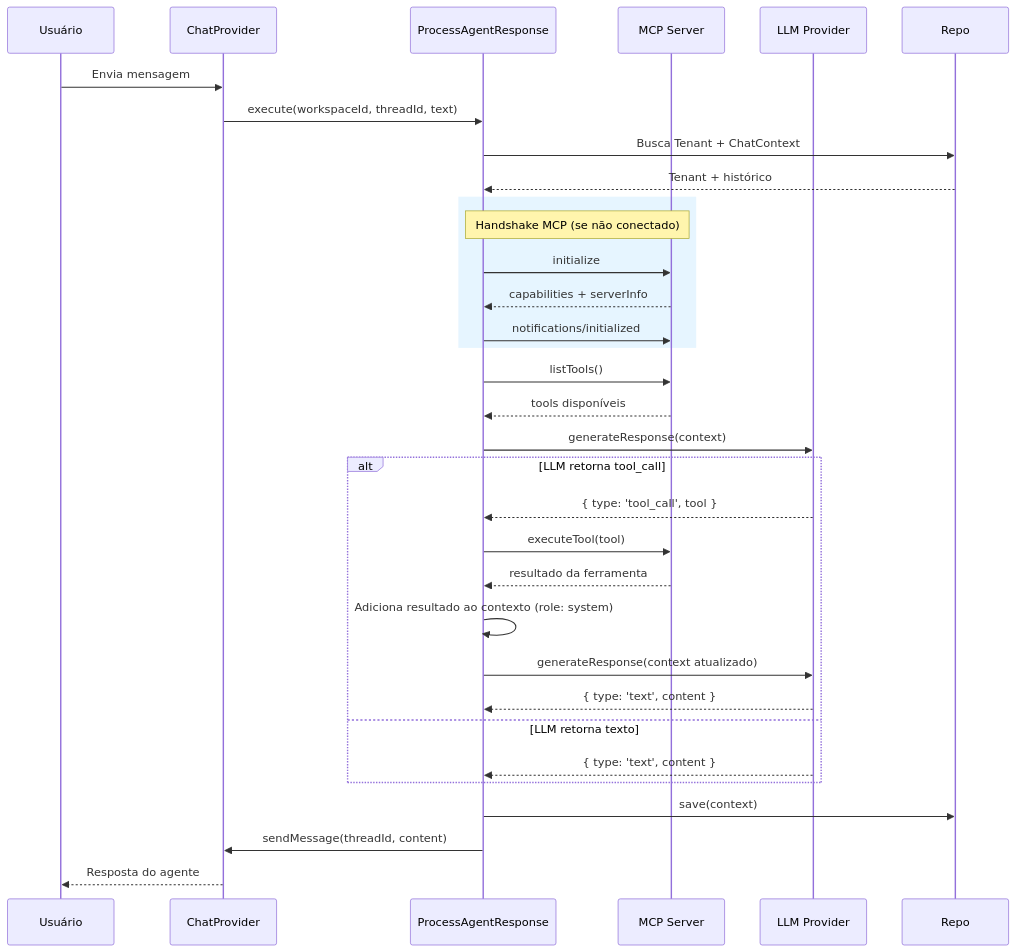
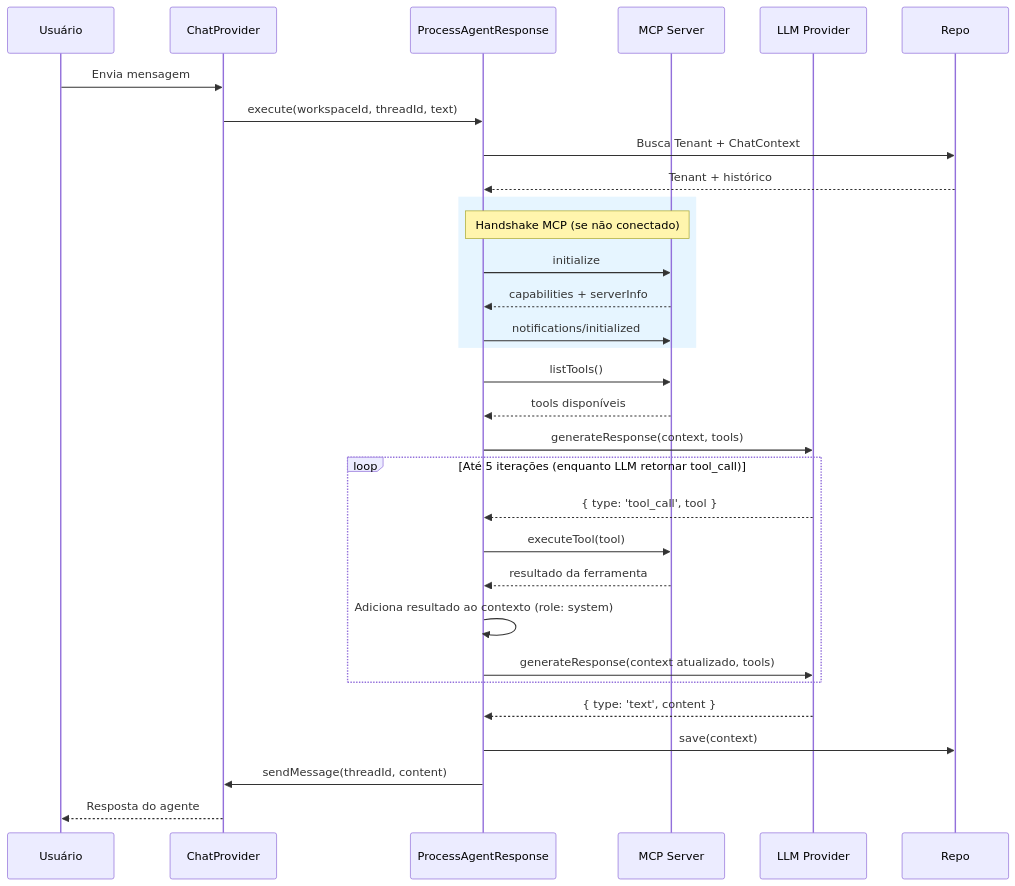
Before and after one commit to luisfelix-93/support-agent: the second of 2 diagrams in README.md, drawn with Mermaid. The commit also changed other lines of this file and 8 other files, not shown here.

````diff
--- a/README.md
+++ b/README.md
@@ -594,40 +597,39 @@
 ```mermaid
 sequenceDiagram
     participant User as Usuário
     participant Chat as ChatProvider
     participant UC as ProcessAgentResponse
     participant MCP as MCP Server
     participant LLM as LLM Provider
 
     User->>Chat: Envia mensagem
     Chat->>UC: execute(workspaceId, threadId, text)
     
     UC->>Repo: Busca Tenant + ChatContext
     Repo-->>UC: Tenant + histórico
     
     rect rgb(230, 245, 255)
         Note over UC,MCP: Handshake MCP (se não conectado)
         UC->>MCP: initialize
         MCP-->>UC: capabilities + serverInfo
         UC->>MCP: notifications/initialized
     end
     
     UC->>MCP: listTools()
     MCP-->>UC: tools disponíveis
-    UC->>LLM: generateResponse(context)
+    UC->>LLM: generateResponse(context, tools)
     
-    alt LLM retorna tool_call
+    loop Até 5 iterações (enquanto LLM retornar tool_call)
         LLM-->>UC: { type: 'tool_call', tool }
         UC->>MCP: executeTool(tool)
         MCP-->>UC: resultado da ferramenta
         UC->>UC: Adiciona resultado ao contexto (role: system)
-        UC->>LLM: generateResponse(context atualizado)
-        LLM-->>UC: { type: 'text', content }
-    else LLM retorna texto
-        LLM-->>UC: { type: 'text', content }
+        UC->>LLM: generateResponse(context atualizado, tools)
     end
+    
+    LLM-->>UC: { type: 'text', content }
     
     UC->>Repo: save(context)
     UC->>Chat: sendMessage(threadId, content)
     Chat-->>User: Resposta do agente
 ```
````
